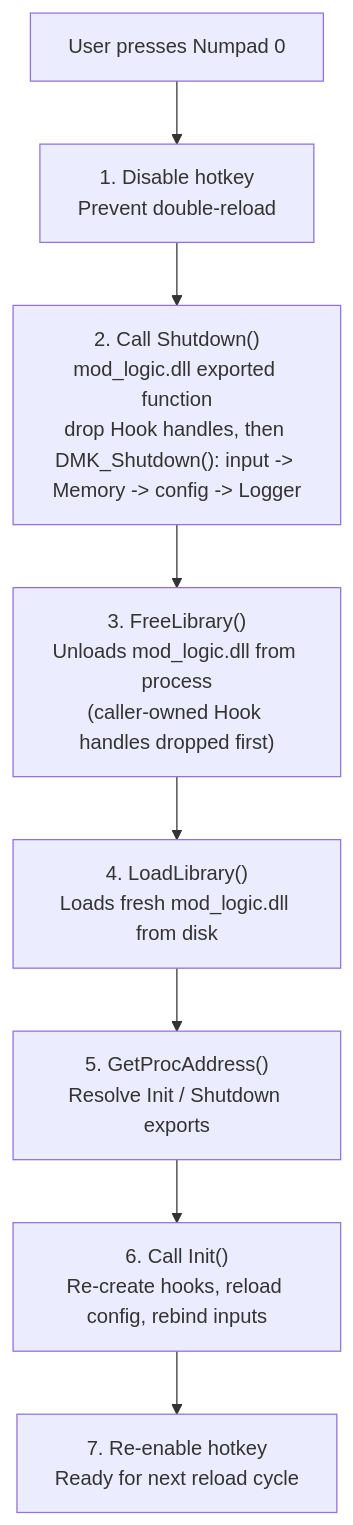
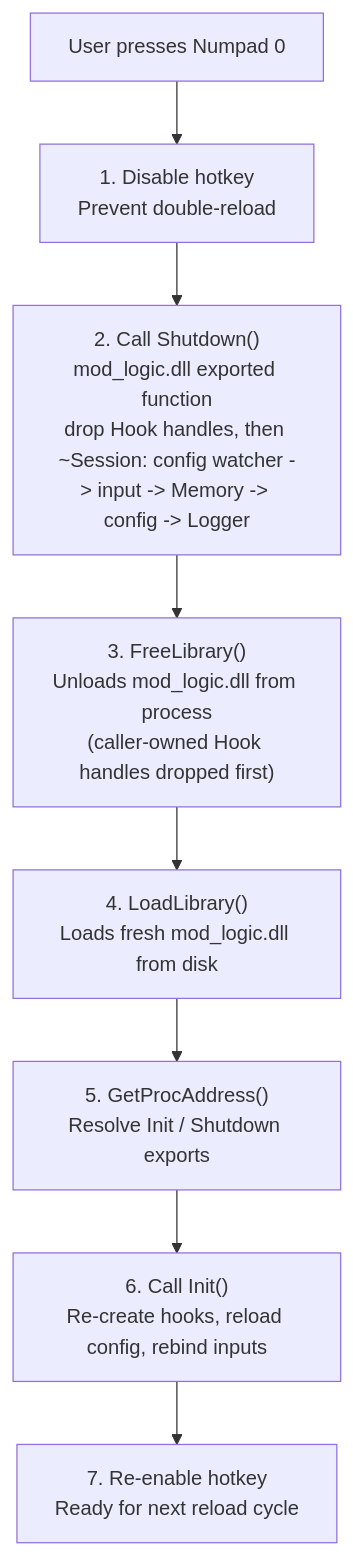
One commit to tkhquang/DetourModKit changed the second of 2 diagrams in docs/hot-reload/README.md. Above: the diagram before and after it, drawn with Mermaid. The commit also changed other lines of this file and 21 other files, not shown here.

````diff
--- a/docs/hot-reload/README.md
+++ b/docs/hot-reload/README.md
@@ -54,10 +54,10 @@
 ```mermaid
 flowchart TD
     A["User presses Numpad 0"] --> B["1. Disable hotkey<br/>Prevent double-reload"]
-    B --> C["2. Call Shutdown()<br/>mod_logic.dll exported function<br/>drop Hook handles, then DMK_Shutdown(): input -> Memory -> config -> Logger"]
+    B --> C["2. Call Shutdown()<br/>mod_logic.dll exported function<br/>drop Hook handles, then ~Session: config watcher -> input -> Memory -> config -> Logger"]
     C --> D["3. FreeLibrary()<br/>Unloads mod_logic.dll from process<br/>(caller-owned Hook handles dropped first)"]
     D --> E["4. LoadLibrary()<br/>Loads fresh mod_logic.dll from disk"]
     E --> F["5. GetProcAddress()<br/>Resolve Init / Shutdown exports"]
     F --> G["6. Call Init()<br/>Re-create hooks, reload config, rebind inputs"]
     G --> H["7. Re-enable hotkey<br/>Ready for next reload cycle"]
 ```
````
